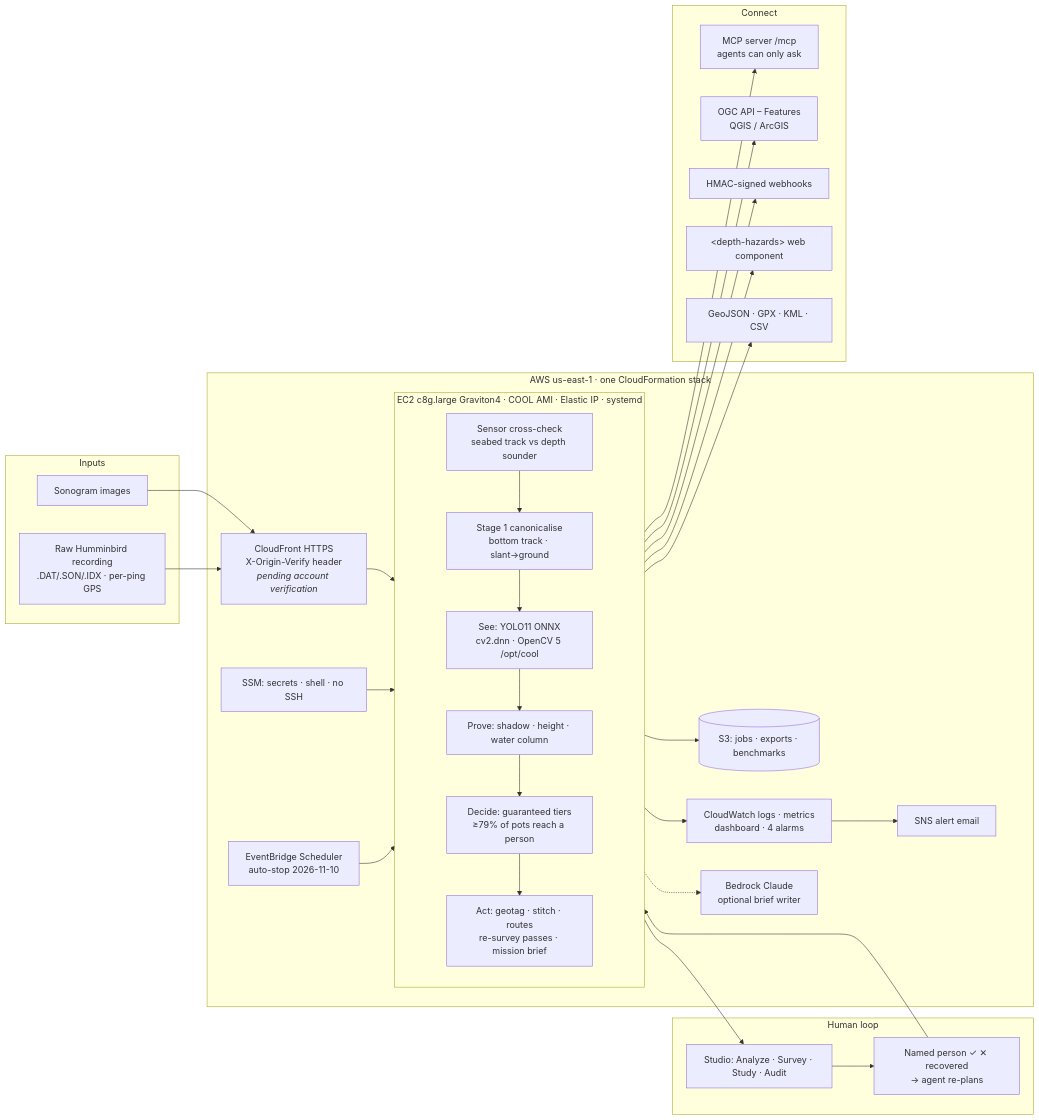
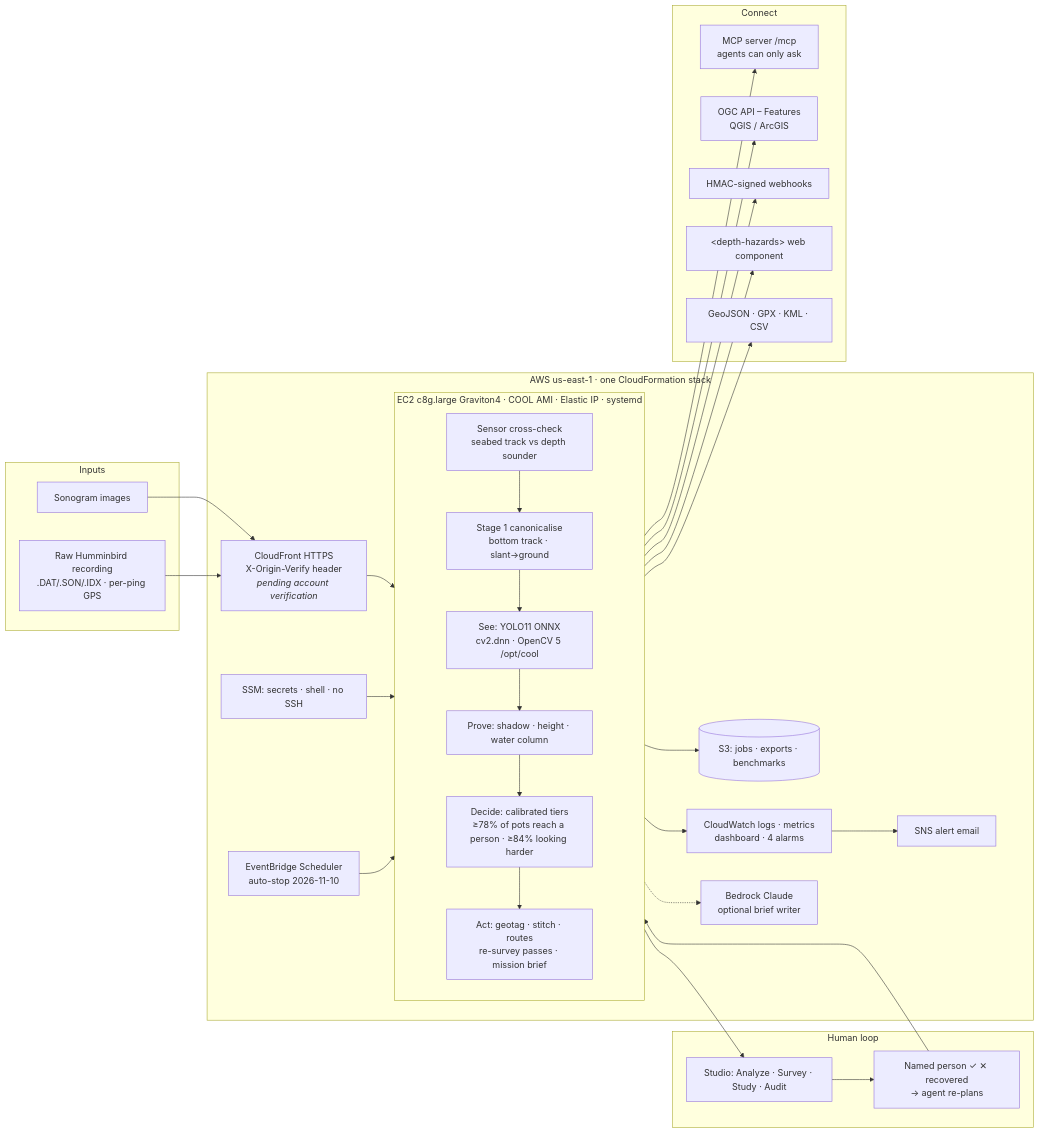
Before and after one commit to madhesh60/depth: the first of 2 diagrams in docs/lucidchart_diagram.md, drawn with Mermaid. The commit also changed 22 other files, not shown here.

````diff
--- a/docs/lucidchart_diagram.md
+++ b/docs/lucidchart_diagram.md
@@ -11,51 +11,51 @@
 ```mermaid
 flowchart LR
   subgraph IN[Inputs]
     SON[Sonogram images]
     RAW[Raw Humminbird recording<br/>.DAT/.SON/.IDX · per-ping GPS]
   end
 
   subgraph AWS[AWS us-east-1 · one CloudFormation stack]
     CF[CloudFront HTTPS<br/>X-Origin-Verify header<br/><i>pending account verification</i>]
     subgraph EC2[EC2 c8g.large Graviton4 · COOL AMI · Elastic IP · systemd]
       direction TB
       S0[Sensor cross-check<br/>seabed track vs depth sounder]
       S1[Stage 1 canonicalise<br/>bottom track · slant→ground]
       S2[See: YOLO11 ONNX<br/>cv2.dnn · OpenCV 5 /opt/cool]
       S3[Prove: shadow · height · water column]
-      S4[Decide: guaranteed tiers<br/>≥79% of pots reach a person]
+      S4[Decide: calibrated tiers<br/>≥78% of pots reach a person · ≥84% looking harder]
       S5[Act: geotag · stitch · routes<br/>re-survey passes · mission brief]
       S0 --> S1 --> S2 --> S3 --> S4 --> S5
     end
     S3B[(S3: jobs · exports · benchmarks)]
     CW[CloudWatch logs · metrics<br/>dashboard · 4 alarms]
     SNS[SNS alert email]
     SSM[SSM: secrets · shell · no SSH]
     SCH[EventBridge Scheduler<br/>auto-stop 2026-11-10]
     BED[Bedrock Claude<br/>optional brief writer]
   end
 
   subgraph HUM[Human loop]
     STU[Studio: Analyze · Survey · Study · Audit]
     PER[Named person ✓ ✕ recovered<br/>→ agent re-plans]
   end
 
   subgraph OUT[Connect]
     MCP[MCP server /mcp<br/>agents can only ask]
     OGC[OGC API – Features<br/>QGIS / ArcGIS]
     WH[HMAC-signed webhooks]
     EMB[&lt;depth-hazards&gt; web component]
     EXP[GeoJSON · GPX · KML · CSV]
   end
 
   SON --> CF
   RAW --> CF
   CF --> EC2
   EC2 --> S3B
   EC2 --> CW --> SNS
   SSM --> EC2
   SCH --> EC2
   S5 -.-> BED
   S5 --> STU --> PER --> S5
   S5 --> MCP & OGC & WH & EMB & EXP
 ```
````
